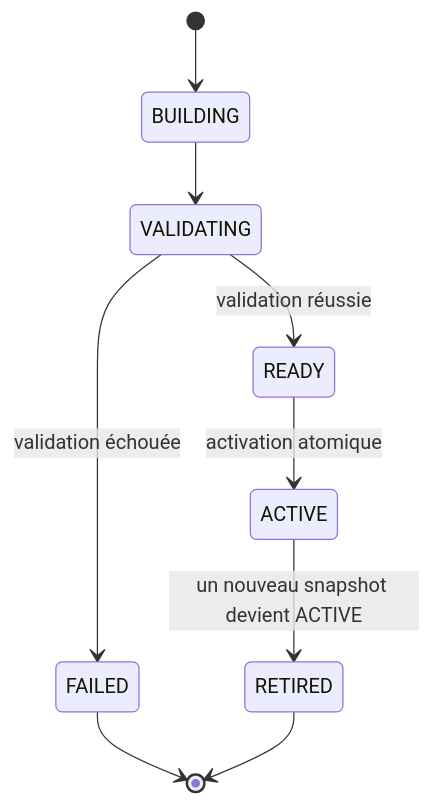
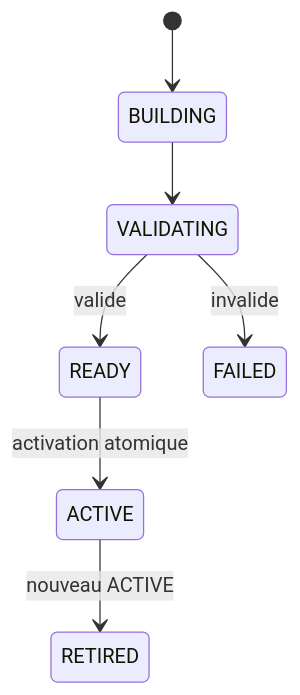
Before and after one commit to FTurleque/morpheus-engine: the third of 5 diagrams in docs/developer/ARCHITECTURE.md, drawn with Mermaid. The commit also changed other lines of this file, not shown here.

Commit message:
docs(architecture): advance active architecture to M18

````diff
--- a/docs/developer/ARCHITECTURE.md
+++ b/docs/developer/ARCHITECTURE.md
@@ -280,11 +139,9 @@
 ```mermaid
 stateDiagram-v2
     [*] --> BUILDING
     BUILDING --> VALIDATING
-    VALIDATING --> READY: validation réussie
-    VALIDATING --> FAILED: validation échouée
+    VALIDATING --> READY: valide
+    VALIDATING --> FAILED: invalide
     READY --> ACTIVE: activation atomique
-    ACTIVE --> RETIRED: un nouveau snapshot devient ACTIVE
-    FAILED --> [*]
-    RETIRED --> [*]
+    ACTIVE --> RETIRED: nouveau ACTIVE
 ```
````
